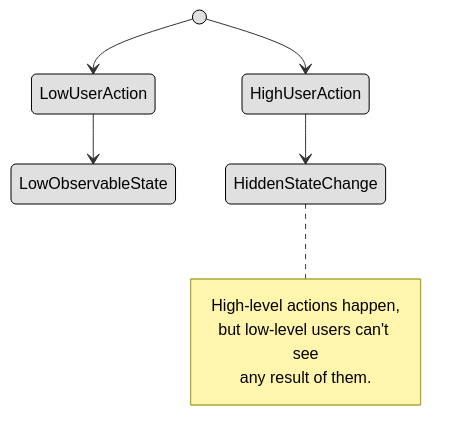
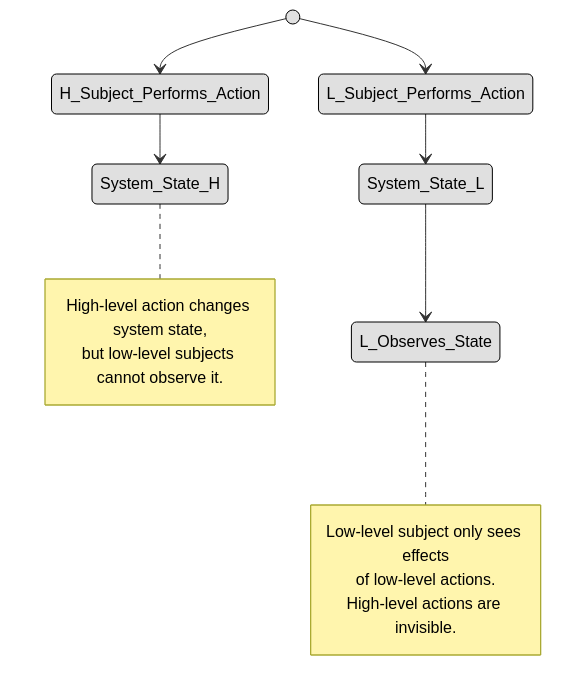
One commit to lorenzoleonelli/CISSP-Zero-to-Hero changed the fourth of 4 diagrams in DOMAIN3: Security Architecture and Engineering/3.02 Understand the fundamental concepts of security models (e.g. Biba, STar Model, Bell Lapadula).md. Above: the diagram before and after it, drawn with Mermaid.

Commit message:
Update 3.02 Understand the fundamental concepts of security models (e.g. Biba, STar Model, Bell Lapadula).md

````diff
--- a/DOMAIN3: Security Architecture and Engineering/3.02 Understand the fundamental concepts of security models (e.g. Biba, STar Model, Bell Lapadula).md
+++ b/DOMAIN3: Security Architecture and Engineering/3.02 Understand the fundamental concepts of security models (e.g. Biba, STar Model, Bell Lapadula).md
@@ -108,17 +108,24 @@
 ```mermaid
 stateDiagram-v2
-    [*] --> LowUserAction
-    LowUserAction --> LowObservableState
+    [*] --> L_Subject_Performs_Action
+    L_Subject_Performs_Action --> System_State_L
+    System_State_L --> L_Observes_State
 
-    [*] --> HighUserAction
-    HighUserAction --> HiddenStateChange
+    [*] --> H_Subject_Performs_Action
+    H_Subject_Performs_Action --> System_State_H
 
-    note right of HiddenStateChange
-      High-level actions happen,
-      but low-level users can't see
-      any result of them.
+    note right of System_State_H
+      High-level action changes system state,
+      but low-level subjects cannot observe it.
     end note
+
+    note right of L_Observes_State
+      Low-level subject only sees effects
+      of low-level actions.
+      High-level actions are invisible.
+    end note
+
 
     classDef center fill:#ffffff,color:#000000,stroke:#000000,stroke-width:1px,font-weight:bold
     classDef node fill:#e0e0e0,color:#000000,stroke:#000000,stroke-width:1px
 ```
````
